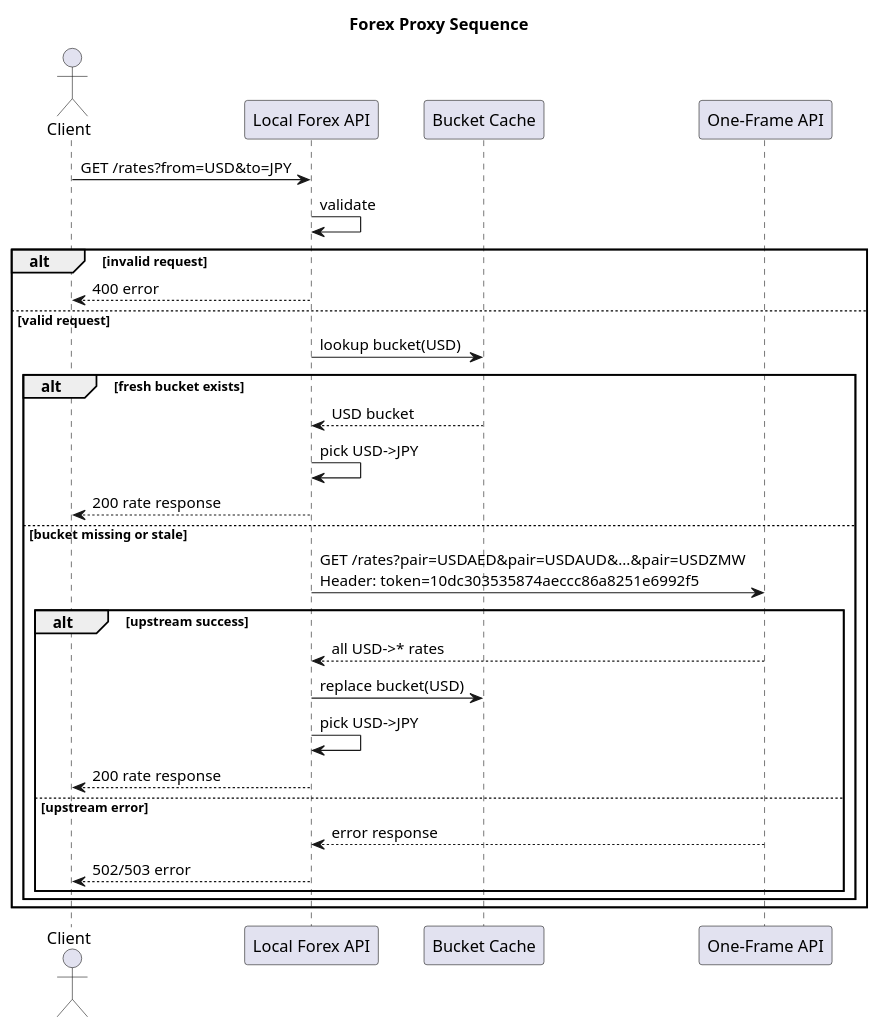
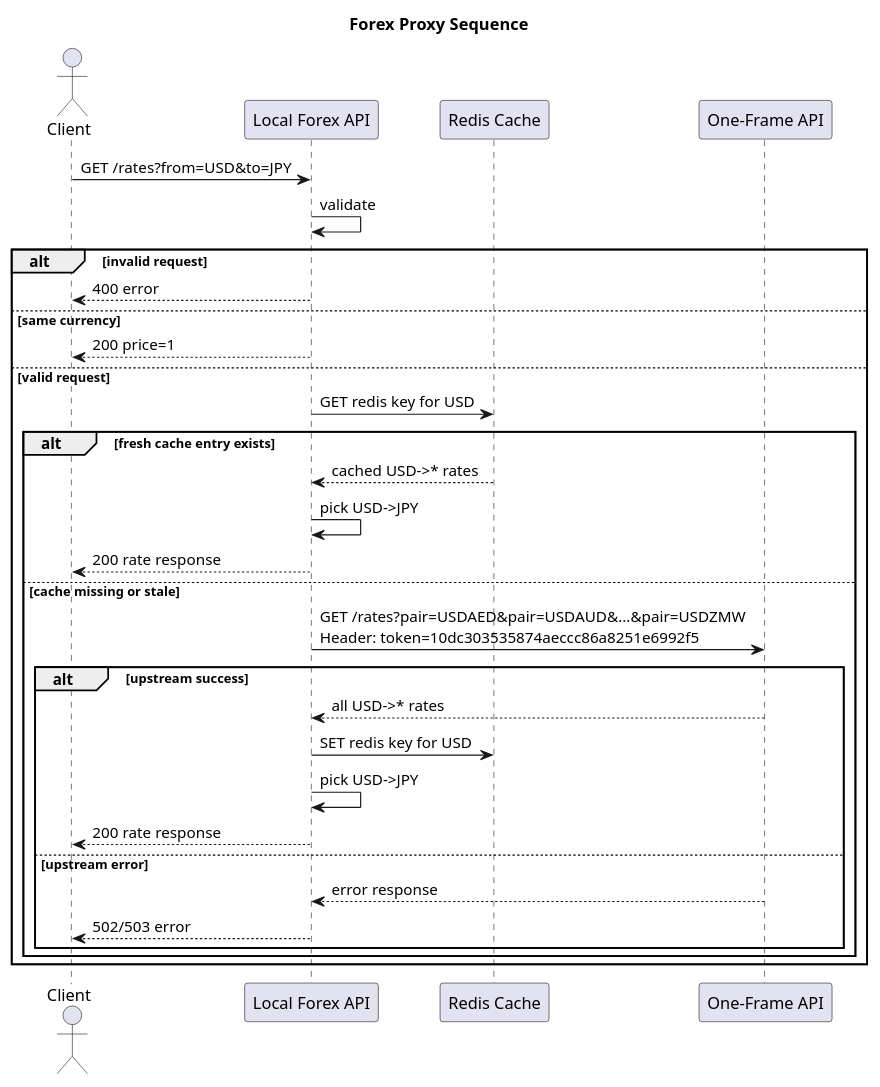
The diagram in documentation/sequence-diagram/sequence-diagram.puml (akshat98/forex-mtl), drawn with PlantUML before and after one commit. The commit also changed 16 other files, not shown here.

Commit message:
Add Redis cache and simplify submission docs

```diff
--- a/documentation/sequence-diagram/sequence-diagram.puml
+++ b/documentation/sequence-diagram/sequence-diagram.puml
@@ -1,36 +1,38 @@
 @startuml
 title Forex Proxy Sequence
 
 actor Client
 participant "Local Forex API" as API
-participant "Bucket Cache" as Cache
+participant "Redis Cache" as Cache
 participant "One-Frame API" as Upstream
 
 Client -> API: GET /rates?from=USD&to=JPY
 API -> API: validate
 
 alt invalid request
   API --> Client: 400 error
+else same currency
+  API --> Client: 200 price=1
 else valid request
-  API -> Cache: lookup bucket(USD)
+  API -> Cache: GET redis key for USD
 
-  alt fresh bucket exists
-    Cache --> API: USD bucket
+  alt fresh cache entry exists
+    Cache --> API: cached USD->* rates
     API -> API: pick USD->JPY
     API --> Client: 200 rate response
-  else bucket missing or stale
+  else cache missing or stale
     API -> Upstream: GET /rates?pair=USDAED&pair=USDAUD&...&pair=USDZMW\nHeader: token=10dc303535874aeccc86a8251e6992f5
 
     alt upstream success
       Upstream --> API: all USD->* rates
-      API -> Cache: replace bucket(USD)
+      API -> Cache: SET redis key for USD
       API -> API: pick USD->JPY
       API --> Client: 200 rate response
     else upstream error
       Upstream --> API: error response
       API --> Client: 502/503 error
     end
   end
 end
 
 @enduml
```
